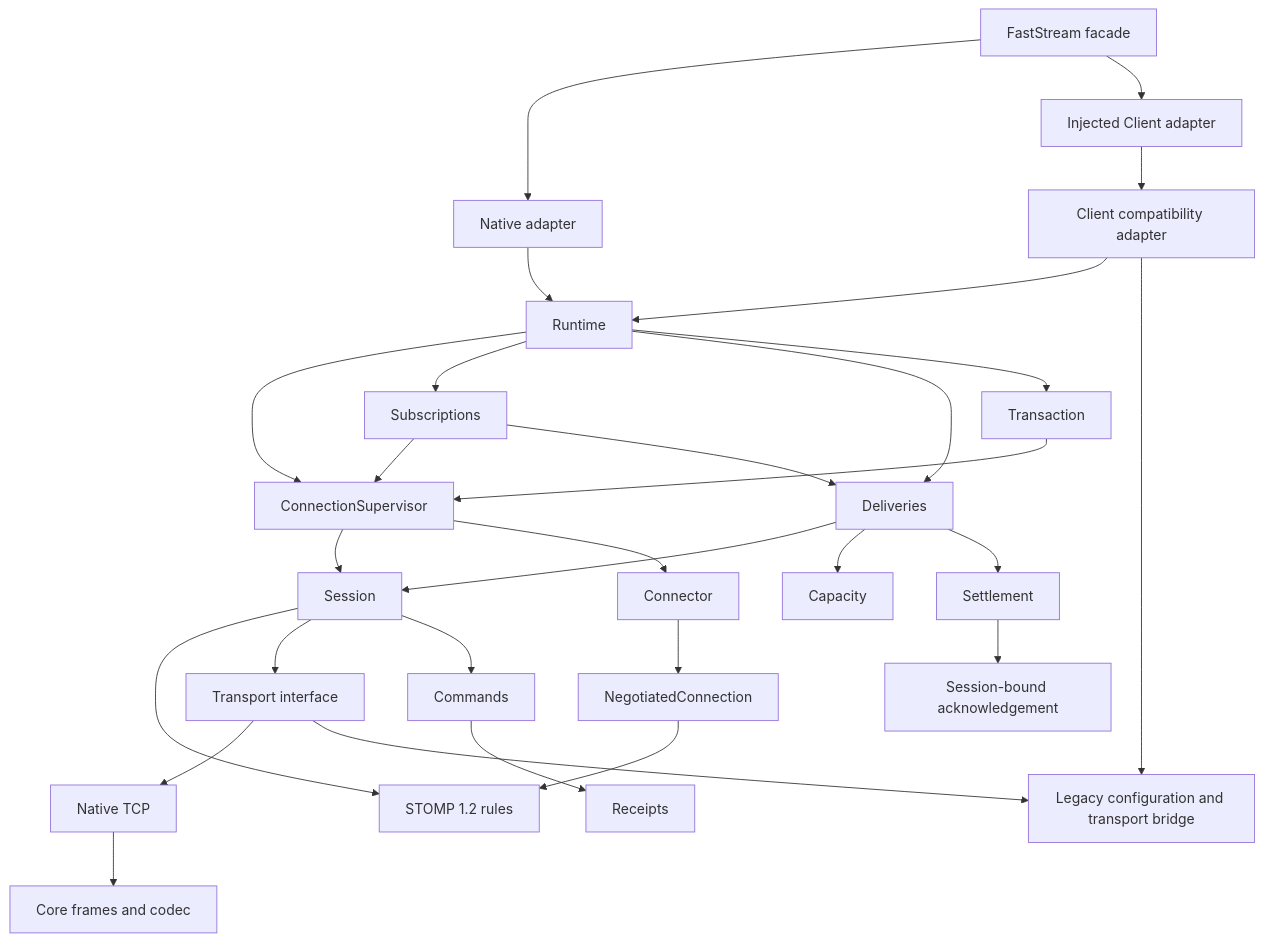
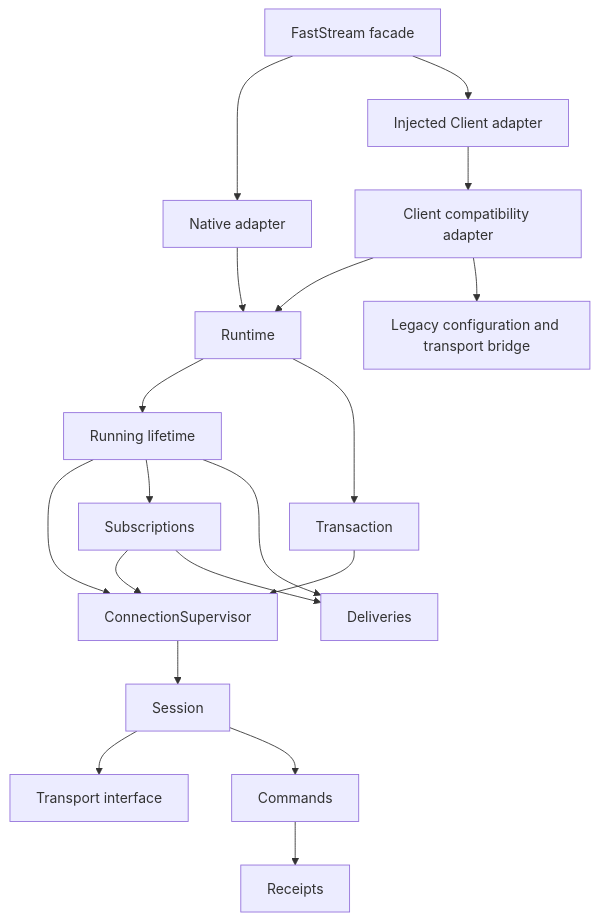
One commit to community-of-python/stompman changed the diagram in docs/session-core.md. Above: the diagram before and after it, drawn with Mermaid. The commit also changed other lines of this file and 12 other files, not shown here.

Commit message:
refactor(core): simplify lifetime and operation ownership

````diff
--- a/docs/session-core.md
+++ b/docs/session-core.md
@@ -16,31 +16,21 @@
 ```mermaid
 flowchart TD
     FastStream[FastStream facade] --> Native[Native adapter]
     Native --> Runtime
     FastStream --> Injected[Injected Client adapter]
     Injected --> Client
     Client[Client compatibility adapter] --> Runtime
     Client --> Compatibility[Legacy configuration and transport bridge]
-    Runtime --> Recovery[ConnectionSupervisor]
-    Runtime --> Subscriptions
-    Runtime --> Deliveries
+    Runtime --> Running[Running lifetime]
+    Running --> Recovery[ConnectionSupervisor]
+    Running --> Subscriptions
+    Running --> Deliveries
     Runtime --> Transaction
     Subscriptions --> Recovery
     Transaction --> Recovery
     Subscriptions --> Deliveries
     Recovery --> Session
-    Recovery --> Connector
-    Connector --> Handshake[NegotiatedConnection]
-    Handshake --> Protocol[STOMP 1.2 rules]
-    Session --> Protocol
-    Deliveries --> Session
     Session --> Transport[Transport interface]
-    Transport --> TCP[Native TCP]
-    Transport --> Compatibility
     Session --> Commands
     Commands --> Receipts
-    Deliveries --> Capacity
-    Deliveries --> Settlement
-    Settlement --> Acknowledgement[Session-bound acknowledgement]
-    TCP --> Codec[Core frames and codec]
 ```
````
